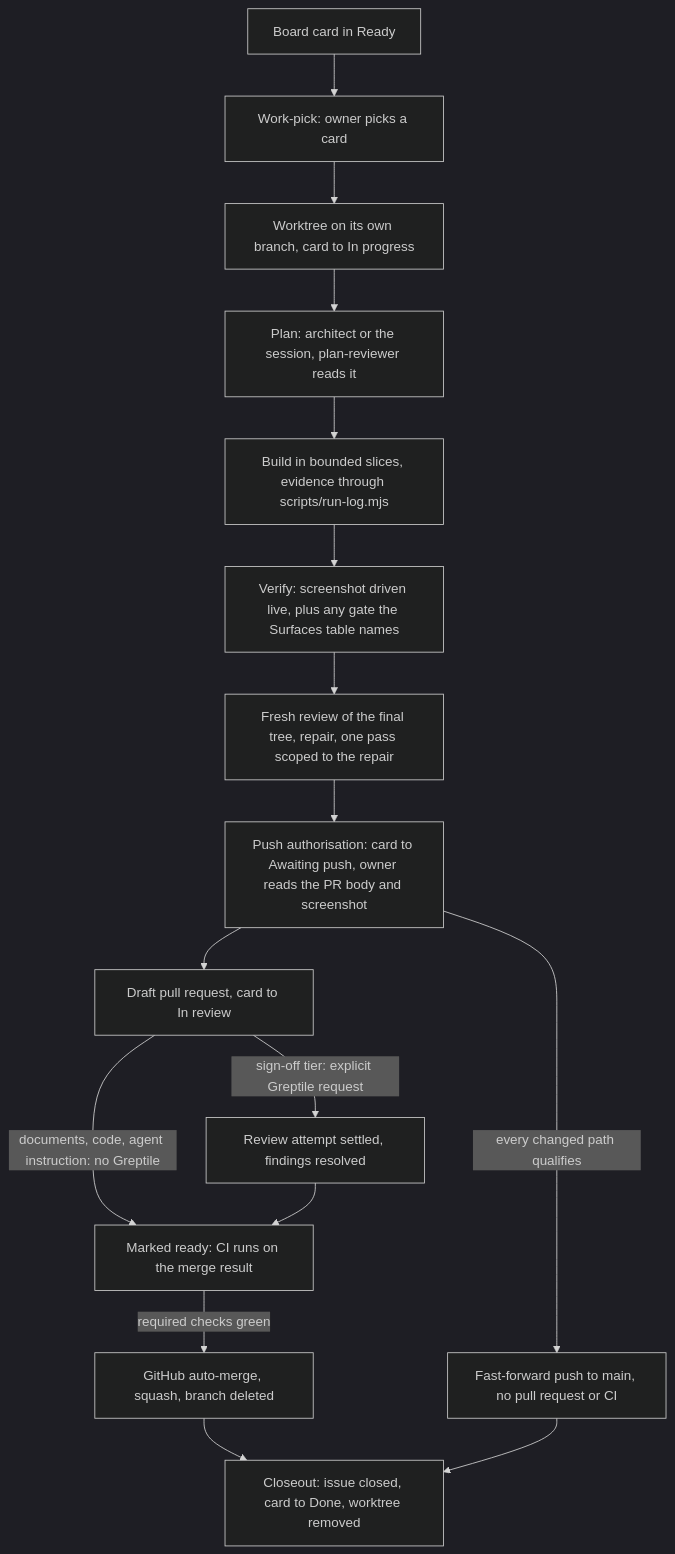
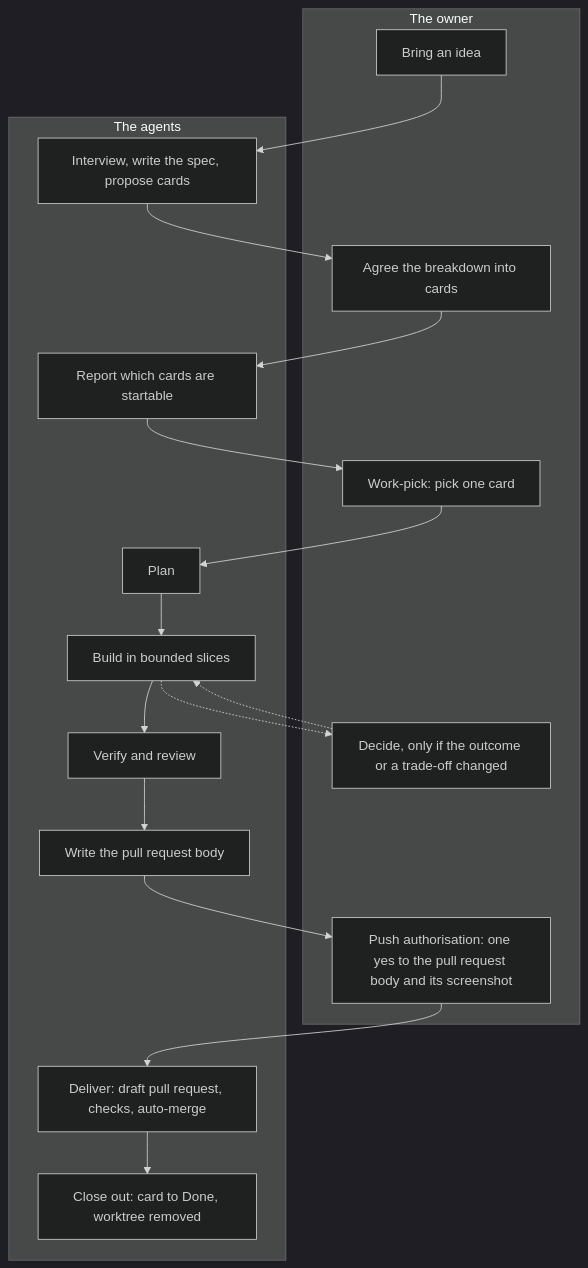
One commit to zaingulel/RentCottage changed the diagram in docs/AI-WORKFLOW.md. Above: the diagram before and after it, drawn with Mermaid (dark theme). The commit also changed other lines of this file and 24 other files, not shown here.

First line of the commit message:
Sync the shared workflow from Fabraik and give every issue exactly one type label (#647) (#655)

````diff
--- a/docs/AI-WORKFLOW.md
+++ b/docs/AI-WORKFLOW.md
@@ -164,18 +22,33 @@
 ```mermaid
-flowchart TD
-    C[Board card in Ready] --> WP[Work-pick: owner picks a card]
-    WP --> WT[Worktree on its own branch, card to In progress]
-    WT --> PL[Plan: architect or the session, plan-reviewer reads it]
-    PL --> BD[Build in bounded slices, evidence through scripts/run-log.mjs]
-    BD --> VR[Verify: screenshot driven live, plus any gate the Surfaces table names]
-    VR --> RV[Fresh review of the final tree, repair, one pass scoped to the repair]
-    RV --> PA[Push authorisation: card to Awaiting push, owner reads the PR body and screenshot]
-    PA --> DR[Draft pull request, card to In review]
-    PA -->|every changed path qualifies| FF[Fast-forward push to main, no pull request or CI]
-    DR -->|documents, code, agent instruction: no Greptile| RD[Marked ready: CI runs on the merge result]
-    DR -->|sign-off tier: explicit Greptile request| GR[Review attempt settled, findings resolved]
-    GR --> RD
-    RD -->|required checks green| MG[GitHub auto-merge, squash, branch deleted]
-    MG --> CO[Closeout: issue closed, card to Done, worktree removed]
-    FF --> CO
+flowchart TB
+    subgraph Owner["The owner"]
+        O1["Bring an idea"]
+        O2["Agree the breakdown into cards"]
+        O3["Work-pick: pick one card"]
+        O4["Decide, only if the outcome or a trade-off changed"]
+        O5["Push authorisation: one yes to the pull request body and its screenshot"]
+    end
+    subgraph Agents["The agents"]
+        A1["Interview, write the spec, propose cards"]
+        A2["Report which cards are startable"]
+        A3["Plan"]
+        A4["Build in bounded slices"]
+        A5["Verify and review"]
+        A6["Write the pull request body"]
+        A7["Deliver: draft pull request, checks, auto-merge"]
+        A8["Close out: card to Done, worktree removed"]
+    end
+    O1 --> A1
+    A1 --> O2
+    O2 --> A2
+    A2 --> O3
+    O3 --> A3
+    A3 --> A4
+    A4 --> A5
+    A5 --> A6
+    A6 --> O5
+    O5 --> A7
+    A7 --> A8
+    A4 -.-> O4
+    O4 -.-> A4
 ```
````
